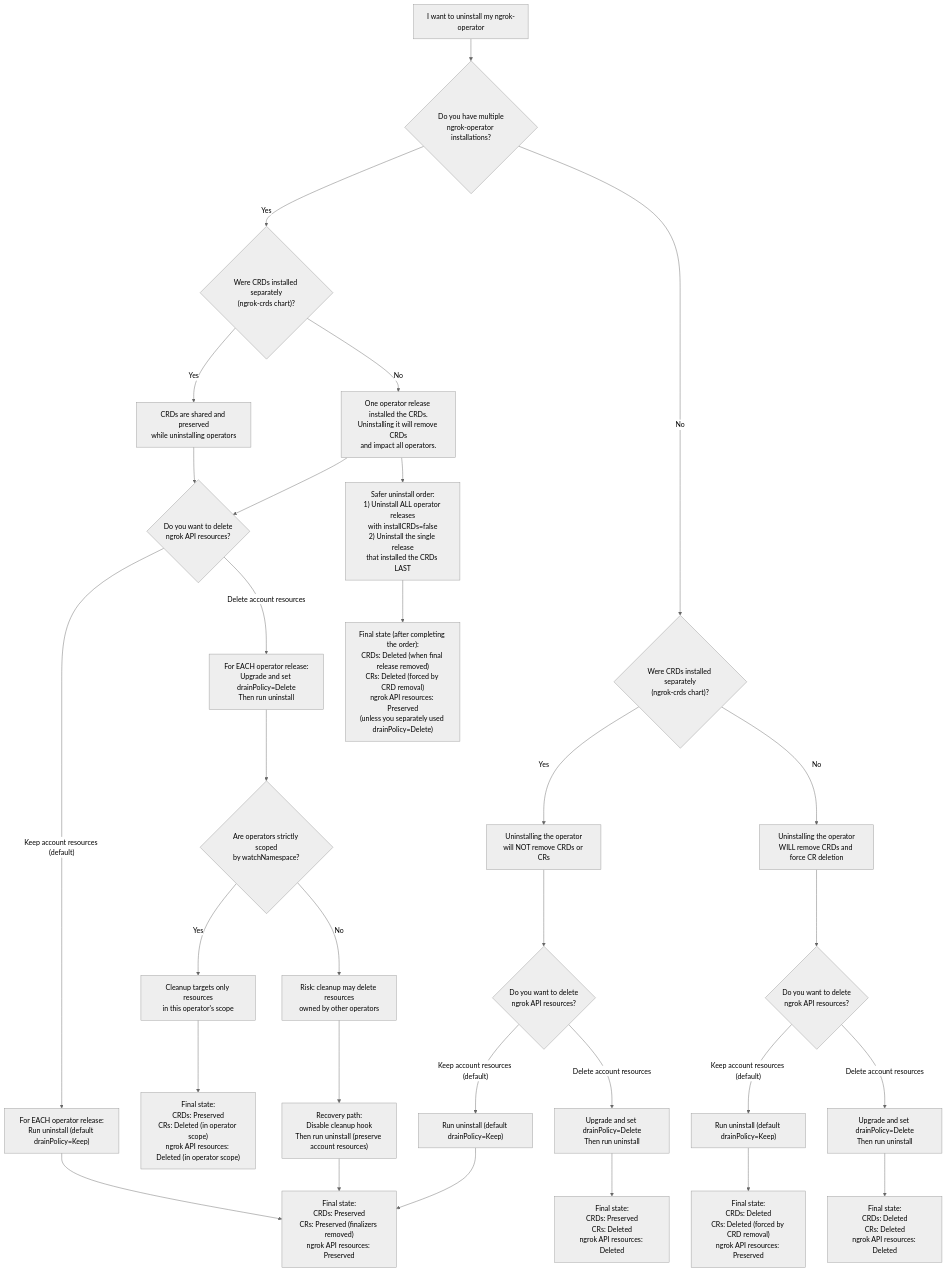
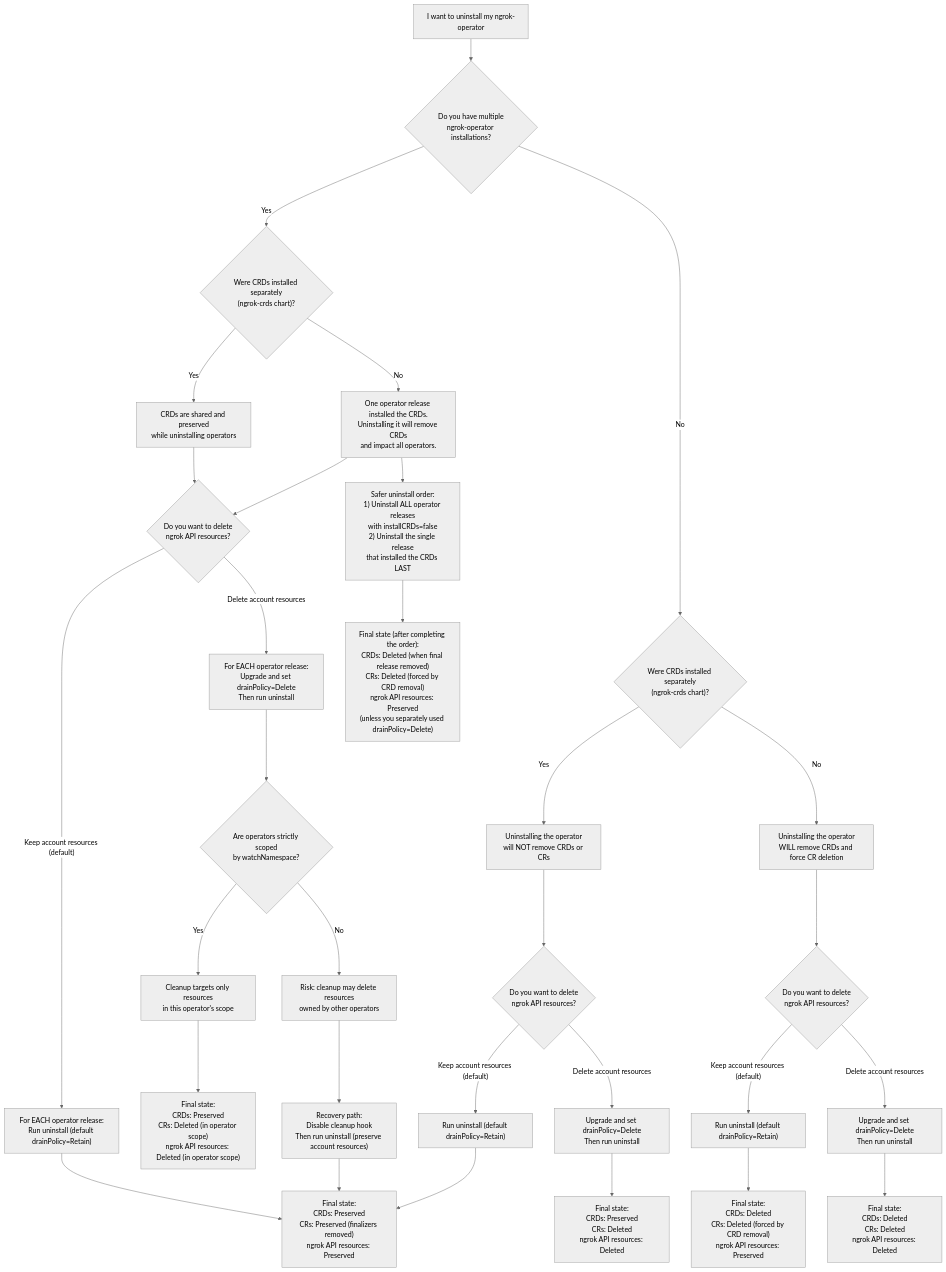
Before and after one commit to ngrok/ngrok-docs: the diagram in k8s/installation/uninstall.mdx, drawn with Mermaid (neutral theme). The commit also changed other lines of this file and 4 other files, not shown here.

````diff
--- a/k8s/installation/uninstall.mdx
+++ b/k8s/installation/uninstall.mdx
@@ -208,58 +225,58 @@
 ```mermaid
 flowchart TD
   A["I want to uninstall my ngrok-operator"] --> B{"Do you have multiple<br/>ngrok-operator installations?"}
 
   %% =========================
   %% MULTIPLE INSTALLATIONS
   %% =========================
   B -- "Yes" --> M1{"Were CRDs installed separately<br/>(ngrok-crds chart)?"}
 
   M1 -- "Yes" --> M2["CRDs are shared and preserved<br/>while uninstalling operators"]
   M1 -- "No" --> M3["One operator release installed the CRDs.<br/>Uninstalling it will remove CRDs<br/>and impact all operators."]
 
   M2 --> M4{"Do you want to delete<br/>ngrok API resources?"}
   M3 --> M4
 
-  M4 -- "Keep account resources (default)" --> M5["For EACH operator release:<br/>Run uninstall (default drainPolicy=Keep)"]
+  M4 -- "Keep account resources (default)" --> M5["For EACH operator release:<br/>Run uninstall (default drainPolicy=Retain)"]
   M4 -- "Delete account resources" --> M6["For EACH operator release:<br/>Upgrade and set drainPolicy=Delete<br/>Then run uninstall"]
 
   M6 --> M7{"Are operators strictly scoped<br/>by watchNamespace?"}
   M7 -- "Yes" --> M8["Cleanup targets only resources<br/>in this operator's scope"]
   M7 -- "No" --> M9["Risk: cleanup may delete resources<br/>owned by other operators"]
 
   M9 --> M10["Recovery path:<br/>Disable cleanup hook<br/>Then run uninstall (preserve account resources)"]
 
   M3 --> M11["Safer uninstall order:<br/>1) Uninstall ALL operator releases<br/>with installCRDs=false<br/>2) Uninstall the single release<br/>that installed the CRDs LAST"]
 
   %% Multi-install final states
   M5 --> FS1["Final state:<br/>CRDs: Preserved<br/>CRs: Preserved (finalizers removed)<br/>ngrok API resources: Preserved"]
   M8 --> FS2["Final state:<br/>CRDs: Preserved<br/>CRs: Deleted (in operator scope)<br/>ngrok API resources: Deleted (in operator scope)"]
   M10 --> FS1
   M11 --> FS3["Final state (after completing the order):<br/>CRDs: Deleted (when final release removed)<br/>CRs: Deleted (forced by CRD removal)<br/>ngrok API resources: Preserved<br/>(unless you separately used drainPolicy=Delete)"]
 
   %% =========================
   %% SINGLE INSTALLATION
   %% =========================
   B -- "No" --> S1{"Were CRDs installed separately<br/>(ngrok-crds chart)?"}
 
   S1 -- "Yes" --> S2["Uninstalling the operator<br/>will NOT remove CRDs or CRs"]
   S1 -- "No" --> S3["Uninstalling the operator<br/>WILL remove CRDs and force CR deletion"]
 
   %% Duplicate the ngrok API question per branch
   S2 --> SA{"Do you want to delete<br/>ngrok API resources?"}
   S3 --> SB{"Do you want to delete<br/>ngrok API resources?"}
 
   %% Single-install (CRDs separate) outcomes
-  SA -- "Keep account resources (default)" --> S5A["Run uninstall (default drainPolicy=Keep)"]
+  SA -- "Keep account resources (default)" --> S5A["Run uninstall (default drainPolicy=Retain)"]
   SA -- "Delete account resources" --> S6A["Upgrade and set drainPolicy=Delete<br/>Then run uninstall"]
 
   S5A --> FS1
   S6A --> FS4["Final state:<br/>CRDs: Preserved<br/>CRs: Deleted<br/>ngrok API resources: Deleted"]
 
   %% Single-install (CRDs bundled) outcomes
-  SB -- "Keep account resources (default)" --> S5B["Run uninstall (default drainPolicy=Keep)"]
+  SB -- "Keep account resources (default)" --> S5B["Run uninstall (default drainPolicy=Retain)"]
   SB -- "Delete account resources" --> S6B["Upgrade and set drainPolicy=Delete<br/>Then run uninstall"]
 
   S5B --> FS5["Final state:<br/>CRDs: Deleted<br/>CRs: Deleted (forced by CRD removal)<br/>ngrok API resources: Preserved"]
   S6B --> FS6["Final state:<br/>CRDs: Deleted<br/>CRs: Deleted<br/>ngrok API resources: Deleted"]
 ```
````
